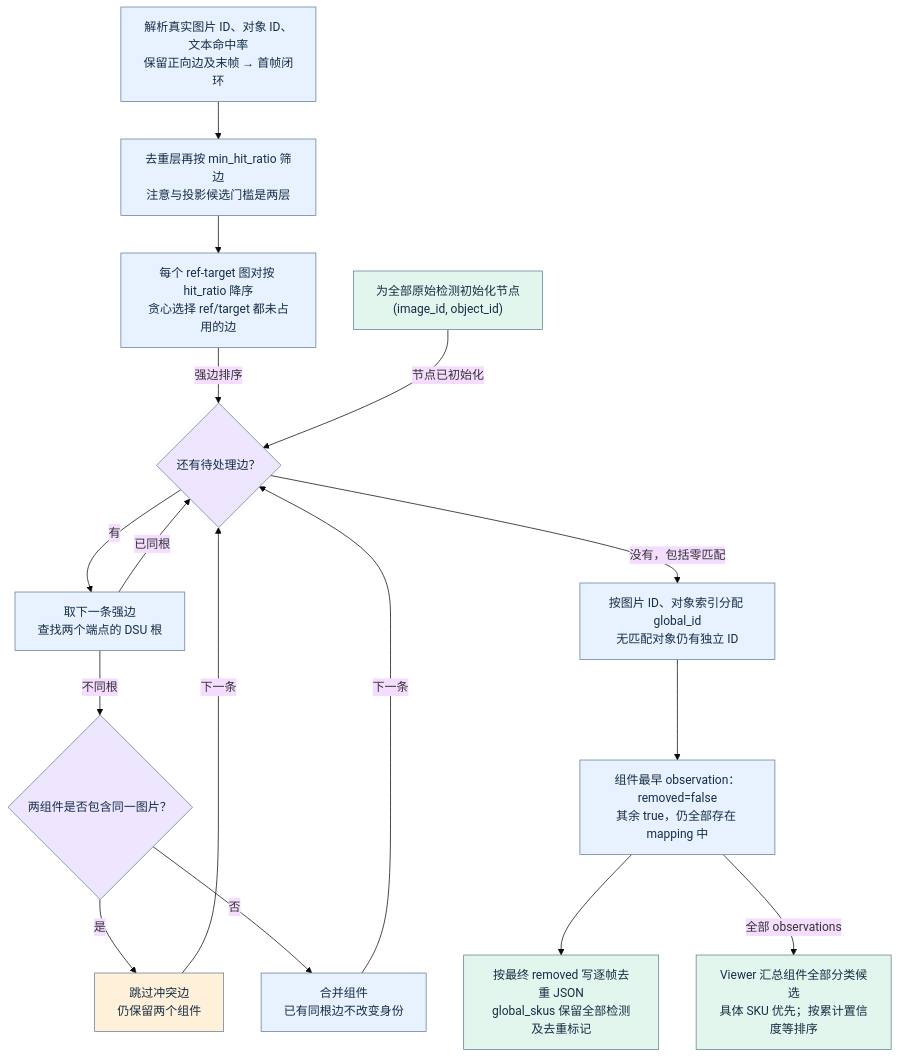
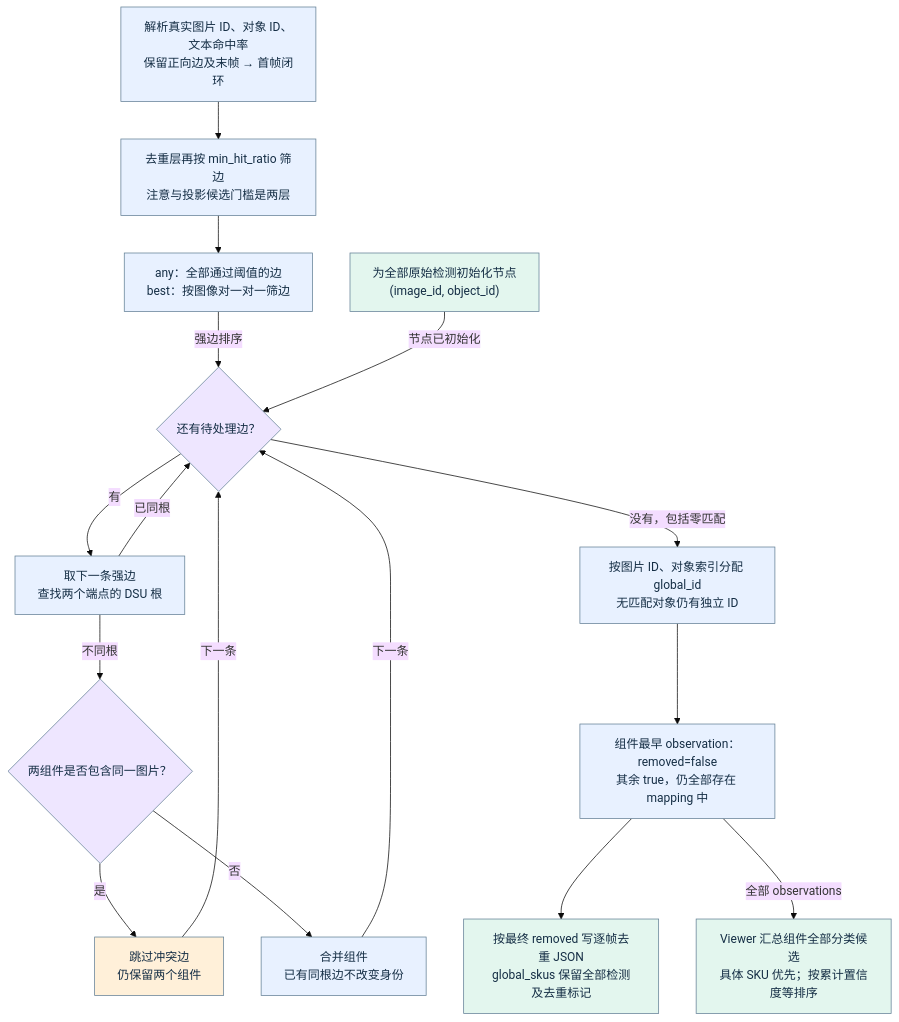
The third of 5 diagrams in docs/3d_dedup_flowcharts.md (EinheitCxy/3D-SKU-detection), drawn with Mermaid (base theme) before and after one commit. The commit also changed other lines of this file and 8 other files, not shown here.

````diff
--- a/docs/3d_dedup_flowcharts.md
+++ b/docs/3d_dedup_flowcharts.md
@@ -141,41 +141,41 @@
 ```mermaid
 flowchart TB
     accTitle: 身份去重：边、组件、代表和计数
     accDescr: 当前源码对应的身份去重：边、组件、代表和计数，橙色节点表示缺陷或限制。
     parse["解析真实图片 ID、对象 ID、文本命中率<br/>保留正向边及末帧 → 首帧闭环"]
     threshold["去重层再按 min_hit_ratio 筛边<br/>注意与投影候选门槛是两层"]
-    best["每个 ref-target 图对按 hit_ratio 降序<br/>贪心选择 ref/target 都未占用的边"]
+    best["any：全部通过阈值的边<br/>best：按图像对一对一筛边"]
     nodes["为全部原始检测初始化节点<br/>(image_id, object_id)"]
     edges_left{"还有待处理边？"}
     union["取下一条强边<br/>查找两个端点的 DSU 根"]
     conflict{"两组件是否包含同一图片？"}
     skip["跳过冲突边<br/>仍保留两个组件"]
     merge["合并组件<br/>已有同根边不改变身份"]
     gid["按图片 ID、对象索引分配 global_id<br/>无匹配对象仍有独立 ID"]
     represent["组件最早 observation：removed=false<br/>其余 true，仍全部存在 mapping 中"]
     outputs["按最终 removed 写逐帧去重 JSON<br/>global_skus 保留全部检测及去重标记"]
     classify["Viewer 汇总组件全部分类候选<br/>具体 SKU 优先；按累计置信度等排序"]
     parse --> threshold
     threshold --> best
     best -->|"强边排序"| edges_left
     nodes -->|"节点已初始化"| edges_left
     edges_left -->|"有"| union
     edges_left -->|"没有，包括零匹配"| gid
     union -->|"已同根"| edges_left
     union -->|"不同根"| conflict
     conflict -->|"是"| skip
     conflict -->|"否"| merge
     skip -->|"下一条"| edges_left
     merge -->|"下一条"| edges_left
     gid --> represent
     represent --> outputs
     represent -->|"全部 observations"| classify
     classDef step fill:#e8f1ff,stroke:#648096,color:#152e45
     class parse,threshold,best,union,merge,gid,represent step
     classDef data fill:#e3f6ee,stroke:#648096,color:#152e45
     class nodes,outputs,classify data
     classDef warn fill:#fff0d9,stroke:#648096,color:#152e45
     class skip warn
     classDef decision fill:#eee6ff,stroke:#648096,color:#152e45
     class edges_left,conflict decision
 ```
````
